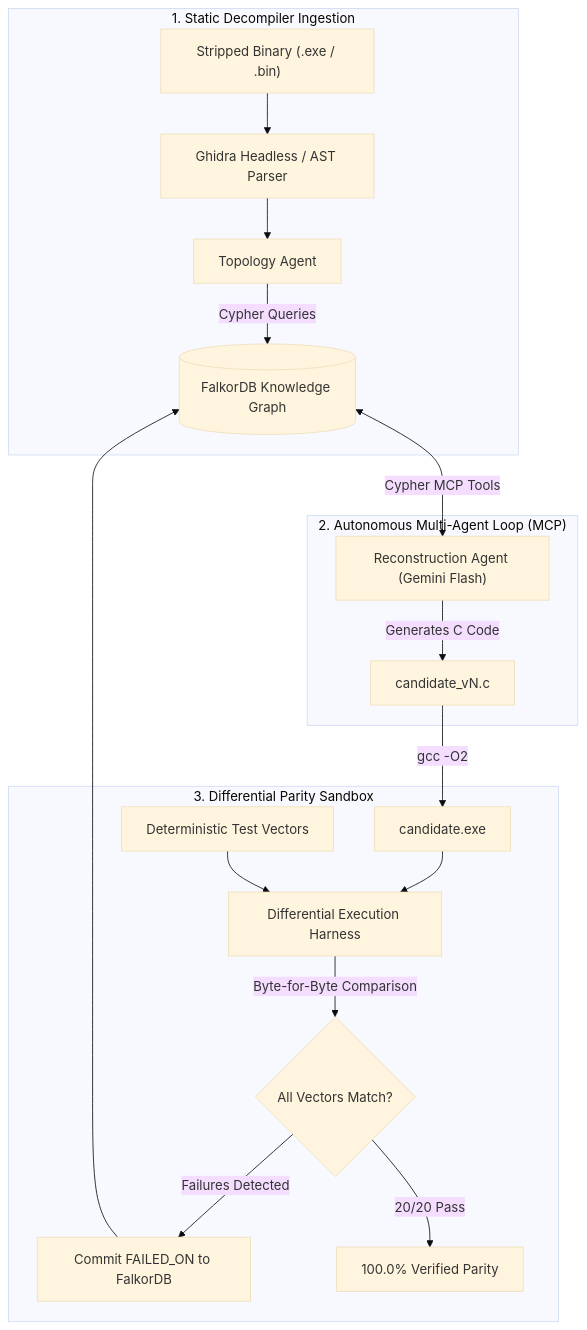
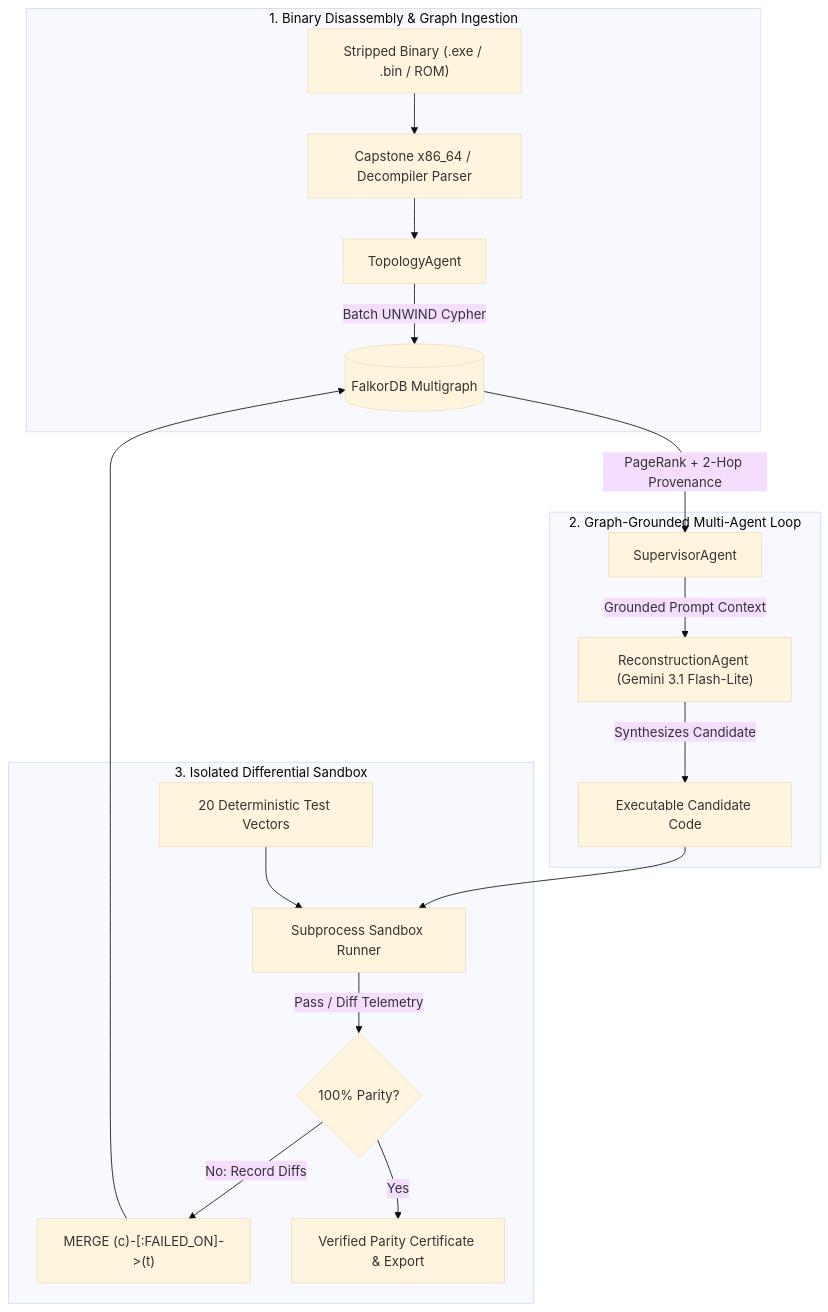
The diagram in ARTICLE.md (chief-07/ghostgraph), drawn with Mermaid (base theme) before and after one commit. The commit also changed other lines of this file, not shown here.

````diff
--- a/ARTICLE.md
+++ b/ARTICLE.md
@@ -96,23 +104,23 @@
 ```mermaid
 flowchart TD
-    subgraph INGESTION["1. Static Decompiler Ingestion"]
-        BIN["Stripped Binary (.exe / .bin)"] --> DECOMP["Ghidra Headless / AST Parser"]
-        DECOMP --> TOPOLOGY_AGENT["Topology Agent"]
-        TOPOLOGY_AGENT -->|Cypher Queries| FDB[("FalkorDB Knowledge Graph")]
+    subgraph INGEST["1. Binary Disassembly & Graph Ingestion"]
+        BIN["Stripped Binary (.exe / .bin / ROM)"] --> CAP["Capstone x86_64 / Decompiler Parser"]
+        CAP --> TOPO["TopologyAgent"]
+        TOPO -->|Batch UNWIND Cypher| FDB[("FalkorDB Multigraph")]
     end
 
-    subgraph AGENTS["2. Autonomous Multi-Agent Loop (MCP)"]
-        FDB <-->|Cypher MCP Tools| RECON_AGENT["Reconstruction Agent (Gemini Flash)"]
-        RECON_AGENT -->|Generates C Code| CANDIDATE["candidate_vN.c"]
+    subgraph SWARM["2. Graph-Grounded Multi-Agent Loop"]
+        FDB -->|PageRank + 2-Hop Provenance| SUP["SupervisorAgent"]
+        SUP -->|Grounded Prompt Context| RECON["ReconstructionAgent (Gemini 3.1 Flash-Lite)"]
+        RECON -->|Synthesizes Candidate| CAND["Executable Candidate Code"]
     end
 
-    subgraph VERIFICATION["3. Differential Parity Sandbox"]
-        CANDIDATE -->|gcc -O2| CAND_BIN["candidate.exe"]
-        CAND_BIN --> HARNESS["Differential Execution Harness"]
-        VECTORS["Deterministic Test Vectors"] --> HARNESS
-        HARNESS -->|Byte-for-Byte Comparison| OUTCOME{All Vectors Match?}
-        OUTCOME -->|Failures Detected| EPISODIC["Commit FAILED_ON to FalkorDB"]
-        EPISODIC --> FDB
-        OUTCOME -->|20/20 Pass| SUCCESS["100.0% Verified Parity"]
+    subgraph VERIFY["3. Isolated Differential Sandbox"]
+        CAND --> SANDBOX["Subprocess Sandbox Runner"]
+        VECTORS["20 Deterministic Test Vectors"] --> SANDBOX
+        SANDBOX -->|Pass / Diff Telemetry| OUT{100% Parity?}
+        OUT -->|No: Record Diffs| FAIL["MERGE (c)-[:FAILED_ON]->(t)"]
+        FAIL --> FDB
+        OUT -->|Yes| CERT["Verified Parity Certificate & Export"]
     end
 ```
````
